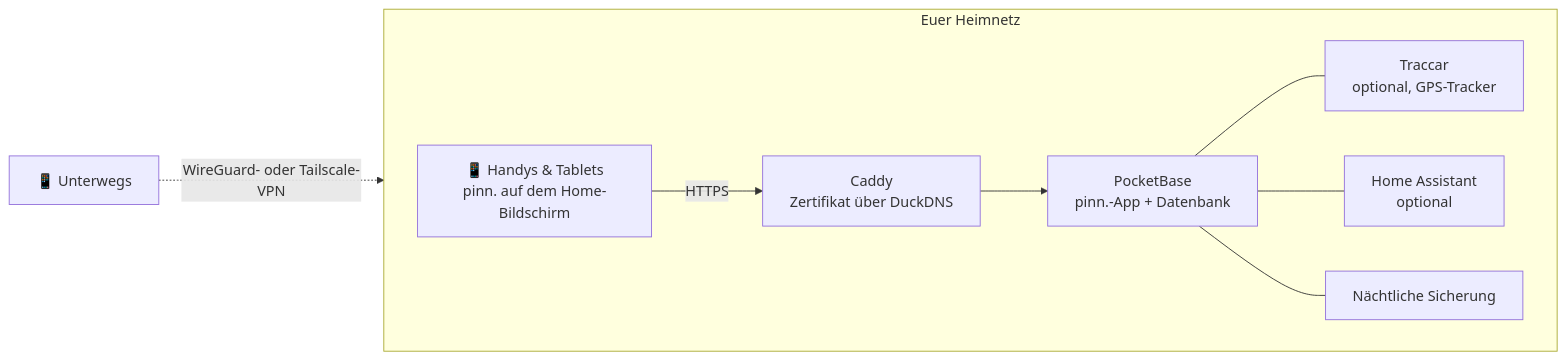
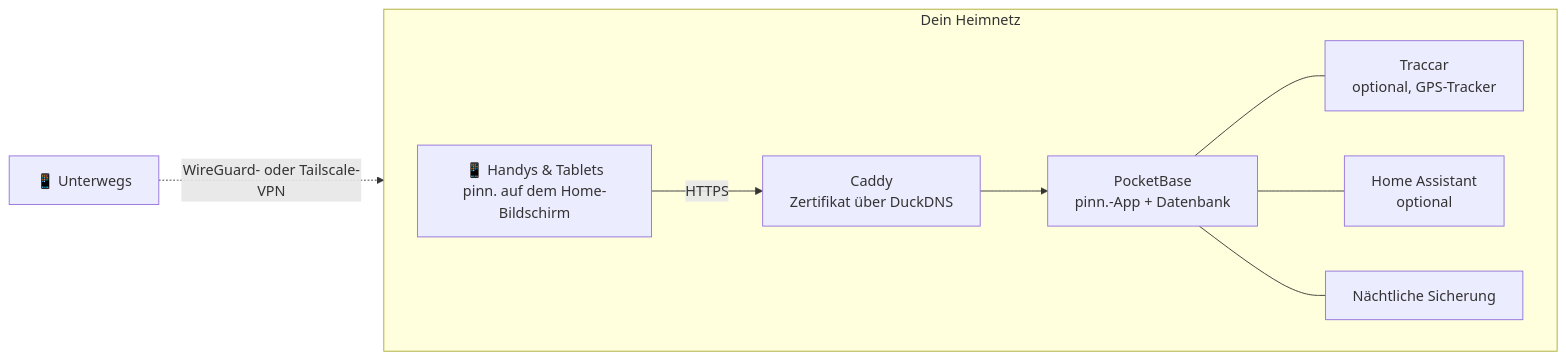
Before and after one commit to pinn-shost/pinn: the diagram in README.de.md, drawn with Mermaid. The commit also changed other lines of this file and 10 other files, not shown here.

````diff
--- a/README.de.md
+++ b/README.de.md
@@ -109,12 +109,12 @@
 ```mermaid
 flowchart LR
-  subgraph Home["Euer Heimnetz"]
+  subgraph Home["Dein Heimnetz"]
     direction LR
     P["📱 Handys & Tablets<br/>pinn. auf dem Home-Bildschirm"] -->|HTTPS| C["Caddy<br/>Zertifikat über DuckDNS"]
     C --> PB["PocketBase<br/>pinn.-App + Datenbank"]
     PB --- T["Traccar<br/>optional, GPS-Tracker"]
     PB --- HA["Home Assistant<br/>optional"]
     PB --- B["Nächtliche Sicherung"]
   end
   R["📱 Unterwegs"] -.->|"WireGuard- oder Tailscale-VPN"| C
 ```
````
